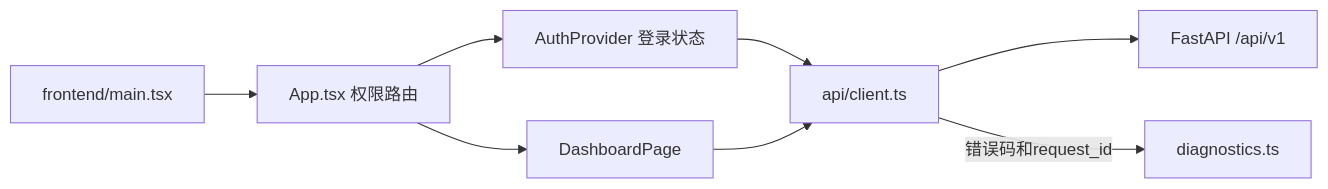
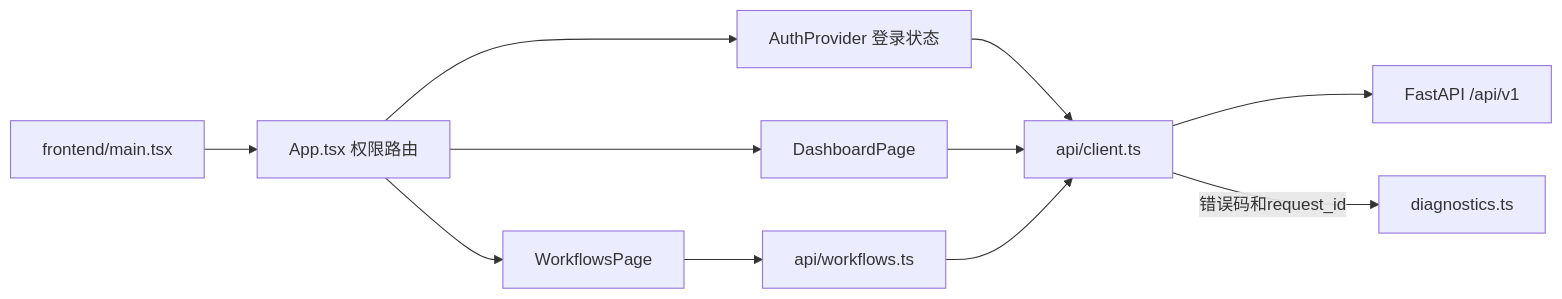
One commit to sunjiaxing520/SunJX changed the third of 10 diagrams in projects/blue-music-platform/项目知识图谱.md. Above: the diagram before and after it, drawn with Mermaid. The commit also changed other lines of this file and 30 other files, not shown here.

````diff
--- a/projects/blue-music-platform/项目知识图谱.md
+++ b/projects/blue-music-platform/项目知识图谱.md
@@ -83,16 +83,19 @@
 ```mermaid
 flowchart LR
     Entry["frontend/main.tsx"]
     Routes["App.tsx 权限路由"]
     Auth["AuthProvider 登录状态"]
     Client["api/client.ts"]
     Backend["FastAPI /api/v1"]
     Dashboard["DashboardPage"]
+    WorkflowPage["WorkflowsPage"]
+    WorkflowApi["api/workflows.ts"]
     Diagnostics["diagnostics.ts"]
 
     Entry --> Routes
     Routes --> Auth
     Auth --> Client --> Backend
     Routes --> Dashboard --> Client
+    Routes --> WorkflowPage --> WorkflowApi --> Client
     Client -->|错误码和request_id| Diagnostics
 ```
````
